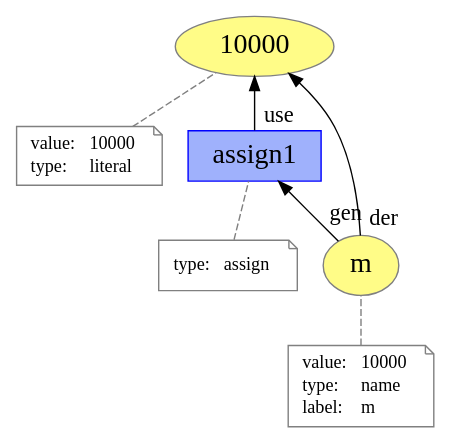
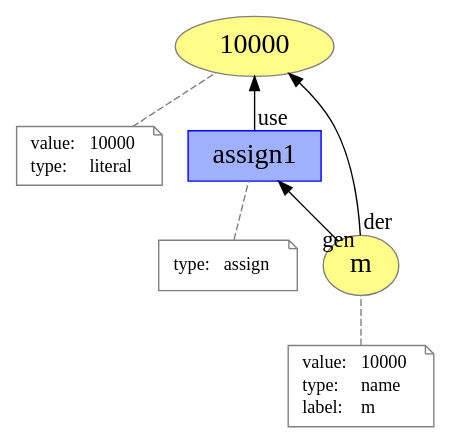
The diagram in generated/presentation/assign.dot (dew-uff/versioned-prov), drawn with Graphviz before and after one commit. The commit also changed 52 other files, not shown here.

```diff
--- a/generated/presentation/assign.dot
+++ b/generated/presentation/assign.dot
@@ -1,41 +1,41 @@
 digraph "PROV" { size="16,12"; rankdir="BT";
 "http://example.org/10000" [fillcolor="#FFFC87",color="#808080",style="filled",label="10000",URL="http://example.org/10000",fontsize="20"]
 "http://example.org/10000-attrs" [color="gray",shape="note",fontsize="13",fontcolor="black",label=<<TABLE cellpadding="0" border="0">
 	<TR>
 	    <TD align="left">value:</TD>
 	    <TD align="left">10000</TD>
 	</TR>
 	<TR>
 	    <TD align="left">type:</TD>
 	    <TD align="left">literal</TD>
 	</TR>
 </TABLE>>]
 "http://example.org/10000-attrs" -> "http://example.org/10000" [color="gray",style="dashed",arrowhead="none"]
 "http://example.org/m" [fillcolor="#FFFC87",color="#808080",style="filled",label="m",URL="http://example.org/m",fontsize="20"]
 "http://example.org/m-attrs" [color="gray",shape="note",fontsize="13",fontcolor="black",label=<<TABLE cellpadding="0" border="0">
 	<TR>
 	    <TD align="left">value:</TD>
 	    <TD align="left">10000</TD>
 	</TR>
 	<TR>
 	    <TD align="left">type:</TD>
 	    <TD align="left">name</TD>
 	</TR>
 	<TR>
 	    <TD align="left">label:</TD>
 	    <TD align="left">m</TD>
 	</TR>
 </TABLE>>]
 "http://example.org/m-attrs" -> "http://example.org/m" [color="gray",style="dashed",arrowhead="none"]
 "http://example.org/assign1" [fillcolor="#9FB1FC",color="#0000FF",shape="polygon",sides="4",style="filled",label="assign1",URL="http://example.org/assign1",fontsize="20"]
 "http://example.org/assign1-attrs" [color="gray",shape="note",fontsize="13",fontcolor="black",label=<<TABLE cellpadding="0" border="0">
 	<TR>
 	    <TD align="left">type:</TD>
 	    <TD align="left">assign</TD>
 	</TR>
 </TABLE>>]
 "http://example.org/assign1-attrs" -> "http://example.org/assign1" [color="gray",style="dashed",arrowhead="none"]
-"http://example.org/m" -> "http://example.org/10000" [labelfontsize="16",labeldistance="2",labelangle="60.0",rotation="20",taillabel="der"]
-"http://example.org/assign1" -> "http://example.org/10000" [labelfontsize="16",labeldistance="2",labelangle="60.0",rotation="20",taillabel="use"]
-"http://example.org/m" -> "http://example.org/assign1" [labelfontsize="16",labeldistance="2",labelangle="60.0",rotation="20",taillabel="gen"]
+"http://example.org/m" -> "http://example.org/10000" [labelfontsize="16",labeldistance="1.5",labelangle="60.0",rotation="20",taillabel="der",dist="1.5"]
+"http://example.org/m" -> "http://example.org/assign1" [labelfontsize="16",labeldistance="0",labelangle="60.0",rotation="20",taillabel="gen",dist="0"]
+"http://example.org/assign1" -> "http://example.org/10000" [labelfontsize="16",labeldistance="1.5",labelangle="60.0",rotation="20",taillabel="use",dist="1.5"]
 }
```
